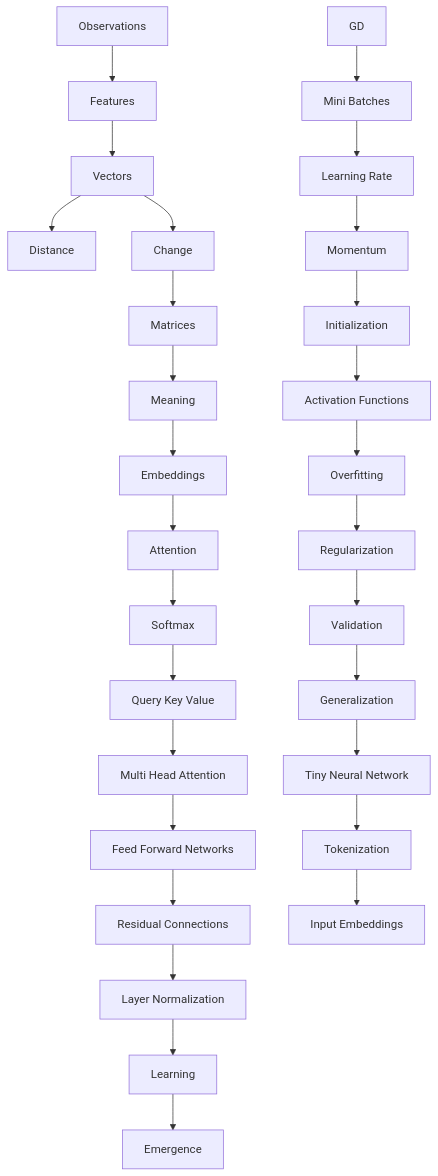
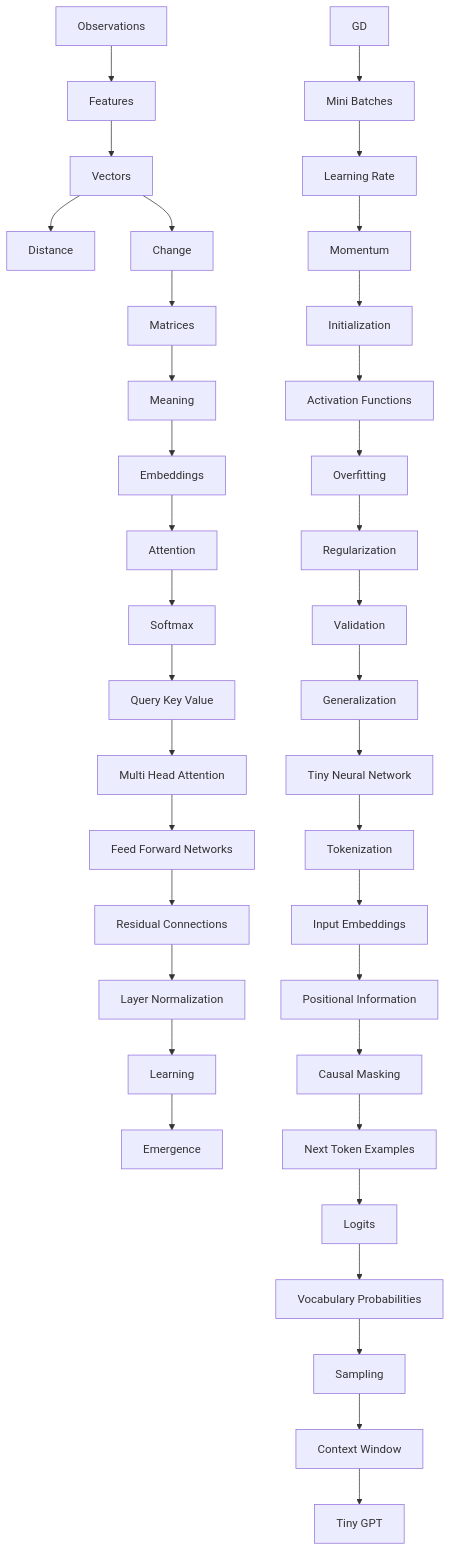
One commit to kleem-labs/AI-Archaeology changed the diagram in DEPENDENCY_GRAPH.md. Above: the diagram before and after it, drawn with Mermaid. The commit also changed 91 other files, not shown here.

```diff
--- a/DEPENDENCY_GRAPH.md
+++ b/DEPENDENCY_GRAPH.md
@@ -3,13 +3,15 @@
 ~~~mermaid
 flowchart TD
  O[Observations] --> F[Features] --> V[Vectors] --> D[Distance]
  V --> C[Change] --> M[Matrices] --> ME[Meaning] --> E[Embeddings]
  E --> A[Attention] --> S[Softmax] --> Q[Query Key Value]
  Q --> H[Multi Head Attention] --> N[Feed Forward Networks]
  N --> R[Residual Connections] --> L[Layer Normalization]
  L --> T[Learning] --> EM[Emergence]
  GD --> MB[Mini Batches] --> LR[Learning Rate] --> MO[Momentum]
  MO --> IN[Initialization] --> AF[Activation Functions] --> OV[Overfitting]
  OV --> RE[Regularization] --> VA[Validation] --> GE[Generalization]
- GE --> TN[Tiny Neural Network] --> TO[Tokenization] --> IE[Input Embeddings]
+ GE --> TN[Tiny Neural Network] --> TO[Tokenization] --> IE[Input Embeddings] --> PI[Positional Information]
+ PI --> CM[Causal Masking] --> NT[Next Token Examples] --> LO[Logits]
+ LO --> VP[Vocabulary Probabilities] --> SA[Sampling] --> CW[Context Window] --> GPT[Tiny GPT]
 ~~~
```
